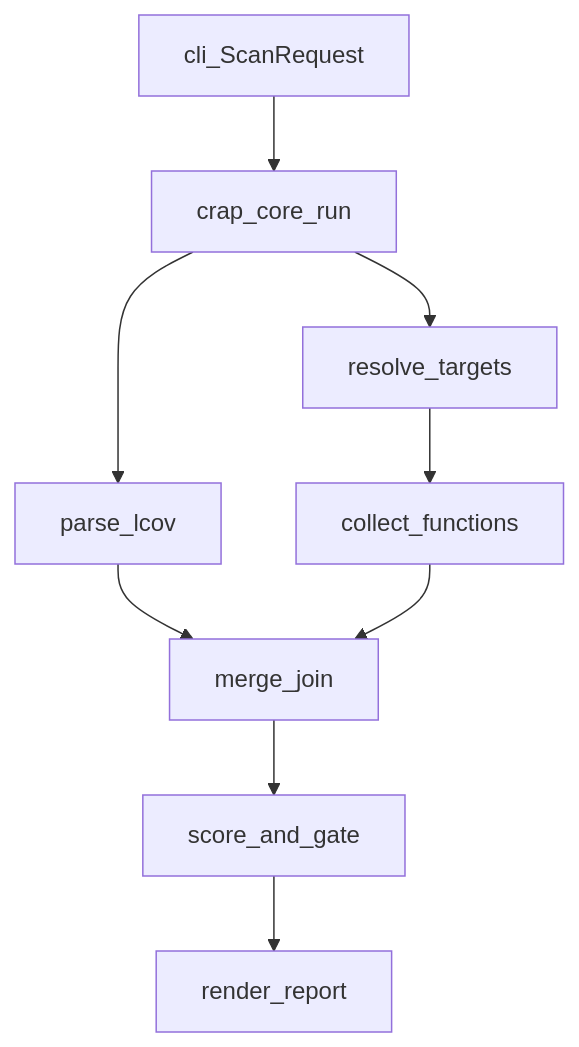
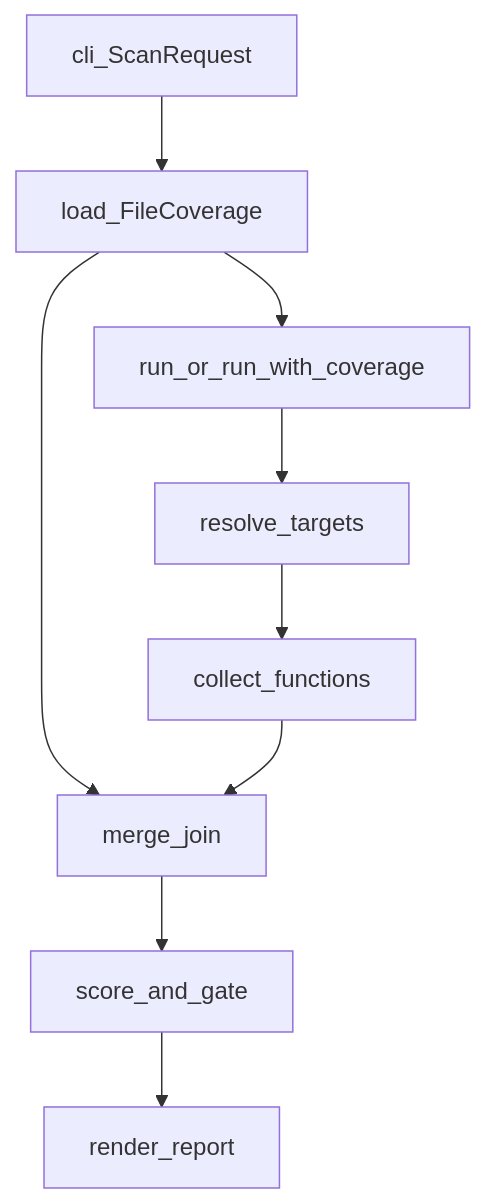
Before and after one commit to deangrant/crap-analyzer: the second of 4 diagrams in .agents/docs/ARCHITECTURE.md, drawn with Mermaid. The commit also changed other lines of this file and 71 other files, not shown here.

````diff
--- a/.agents/docs/ARCHITECTURE.md
+++ b/.agents/docs/ARCHITECTURE.md
@@ -85,11 +100,11 @@
 ```mermaid
 flowchart TD
-  Cli[cli_ScanRequest] --> Run[crap_core_run]
-  Run --> Lcov[parse_lcov]
+  Cli[cli_ScanRequest] --> Coverage[load_FileCoverage]
+  Coverage --> Run[run_or_run_with_coverage]
   Run --> Targets[resolve_targets]
   Targets --> Collect[collect_functions]
-  Lcov --> Join[merge_join]
+  Coverage --> Join[merge_join]
   Collect --> Join
   Join --> Score[score_and_gate]
   Score --> Out[render_report]
 ```
````
